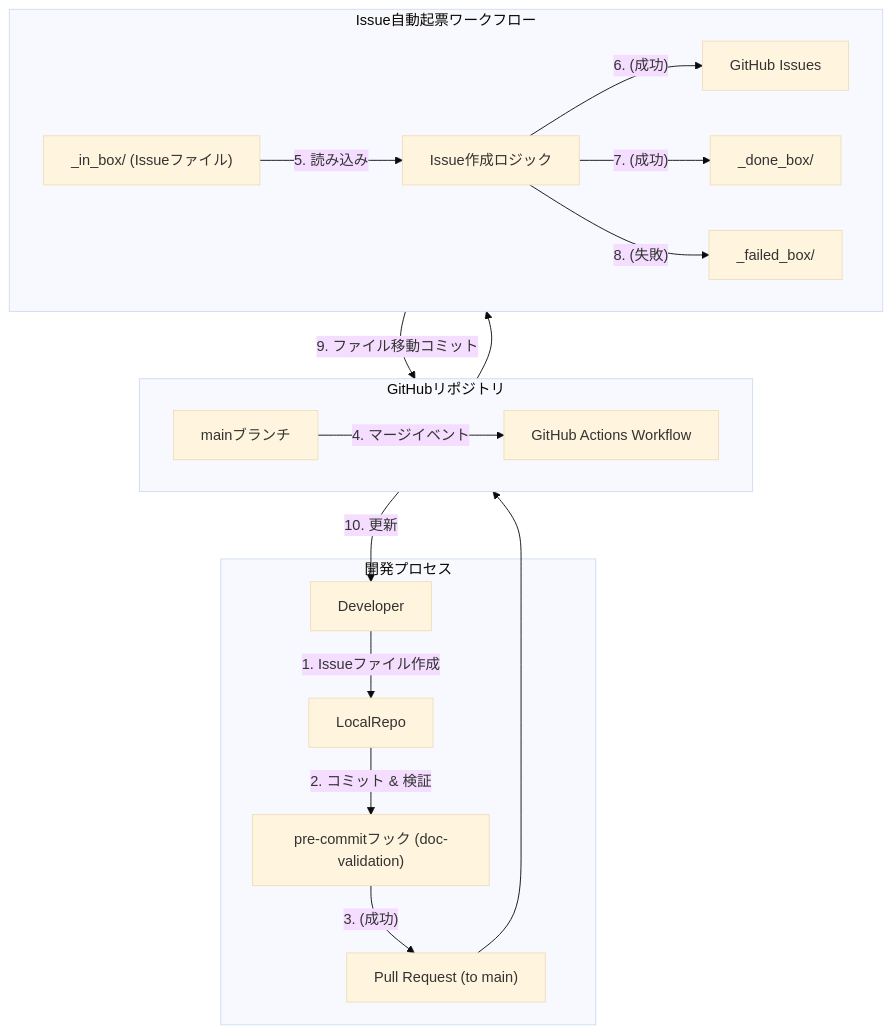
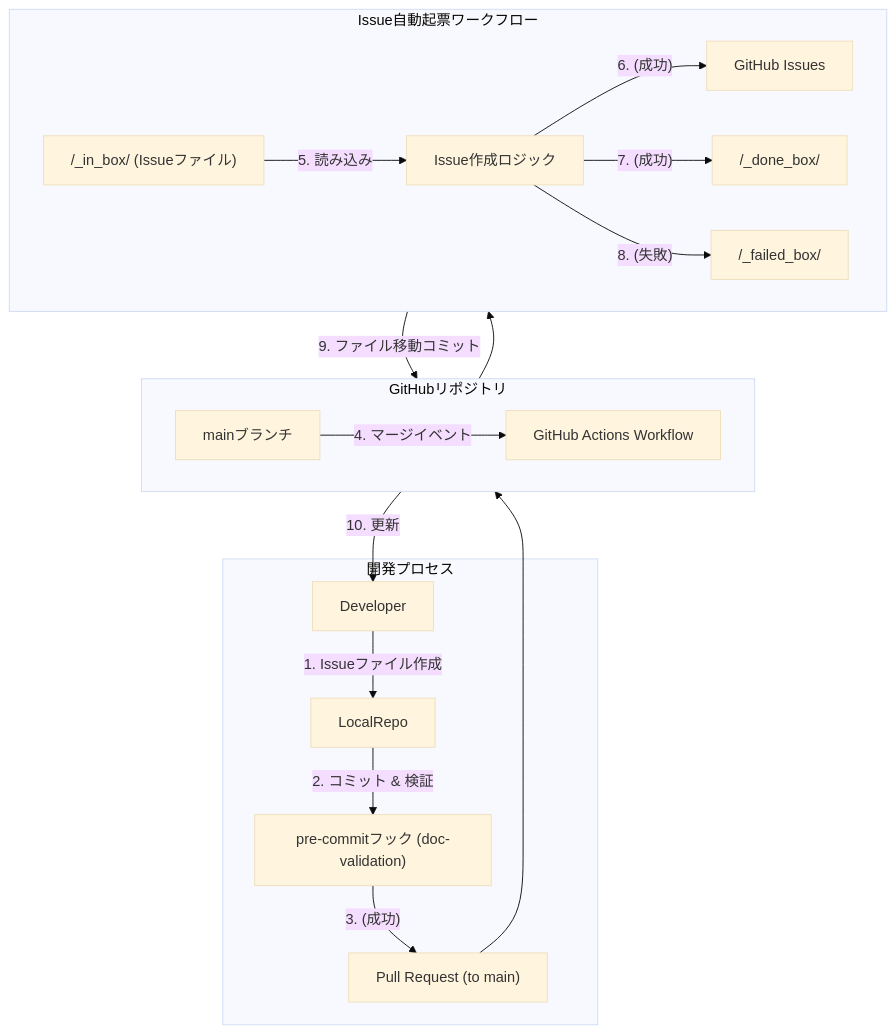
The diagram in docs/architecture/adr-017-issue-creator-workflow/index.md (masa-codehub/github_broker), drawn with Mermaid (base theme) before and after one commit. The commit also changed other lines of this file, not shown here.

First line of the commit message:
docs: PR#2238のレビューコメントを反映し、Mermaid図のノード名とフォルダ名の表記揺れを修正

````diff
--- a/docs/architecture/adr-017-issue-creator-workflow/index.md
+++ b/docs/architecture/adr-017-issue-creator-workflow/index.md
@@ -24,26 +24,26 @@
 ```mermaid
 graph TD
     subgraph 開発プロセス
         Developer -- 1. Issueファイル作成 --> LocalRepo
-        LocalRepo -- 2. コミット & 検証 --> GitHubActions_PreCommit["pre-commitフック (doc-validation)"]
-        GitHubActions_PreCommit -- 3. (成功) --> PR["Pull Request (to main)"]
+        LocalRepo -- 2. コミット & 検証 --> Validation["pre-commitフック (doc-validation)"]
+        Validation -- 3. (成功) --> PR["Pull Request (to main)"]
     end
 
     subgraph GitHubリポジトリ
         direction LR
         PR --> GitHub_Main["mainブランチ"]
         GitHub_Main -- 4. マージイベント --> GitHubActions_Workflow["GitHub Actions Workflow"]
     end
 
     subgraph Issue自動起票ワークフロー
         direction LR
-        GitHubActions_Workflow --> IssueFile_inbox["_in_box/ (Issueファイル)"]
+        GitHubActions_Workflow --> IssueFile_inbox["/_in_box/ (Issueファイル)"]
         IssueFile_inbox -- 5. 読み込み --> IssueCreationLogic["Issue作成ロジック"]
         IssueCreationLogic -- 6. (成功) --> GitHub_Issues["GitHub Issues"]
-        IssueCreationLogic -- 7. (成功) --> IssueFile_donebox["_done_box/"]
-        IssueCreationLogic -- 8. (失敗) --> IssueFile_failedbox["_failed_box/"]
+        IssueCreationLogic -- 7. (成功) --> IssueFile_donebox["/_done_box/"]
+        IssueCreationLogic -- 8. (失敗) --> IssueFile_failedbox["/_failed_box/"]
         IssueCreationLogic -- 9. ファイル移動コミット --> GitHub_Main
     end
 
     GitHub_Main -- 10. 更新 --> Developer
 ```
````
